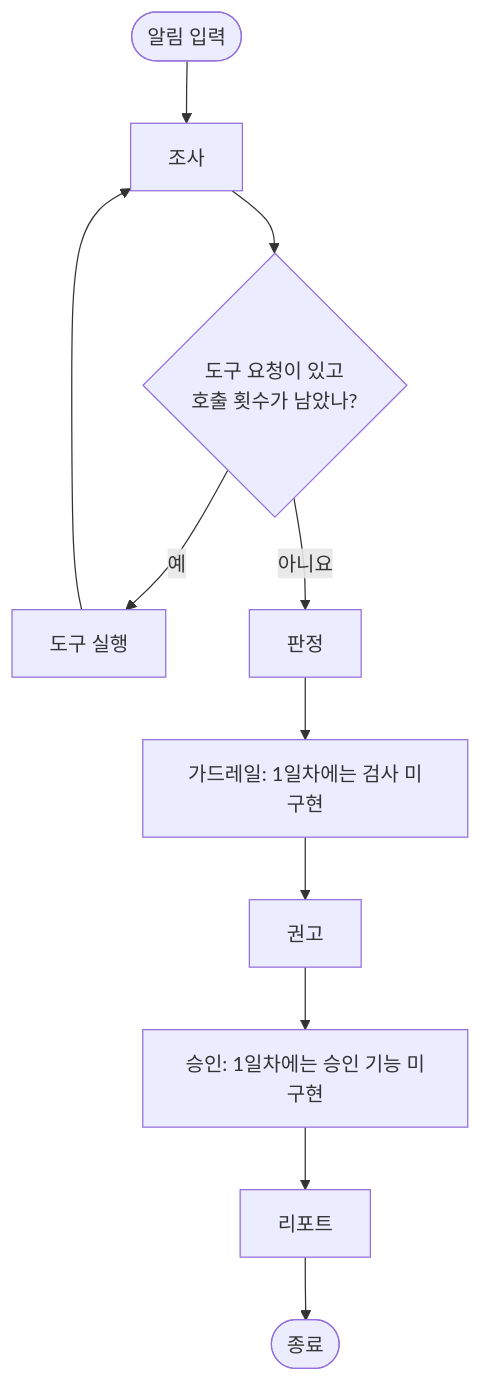
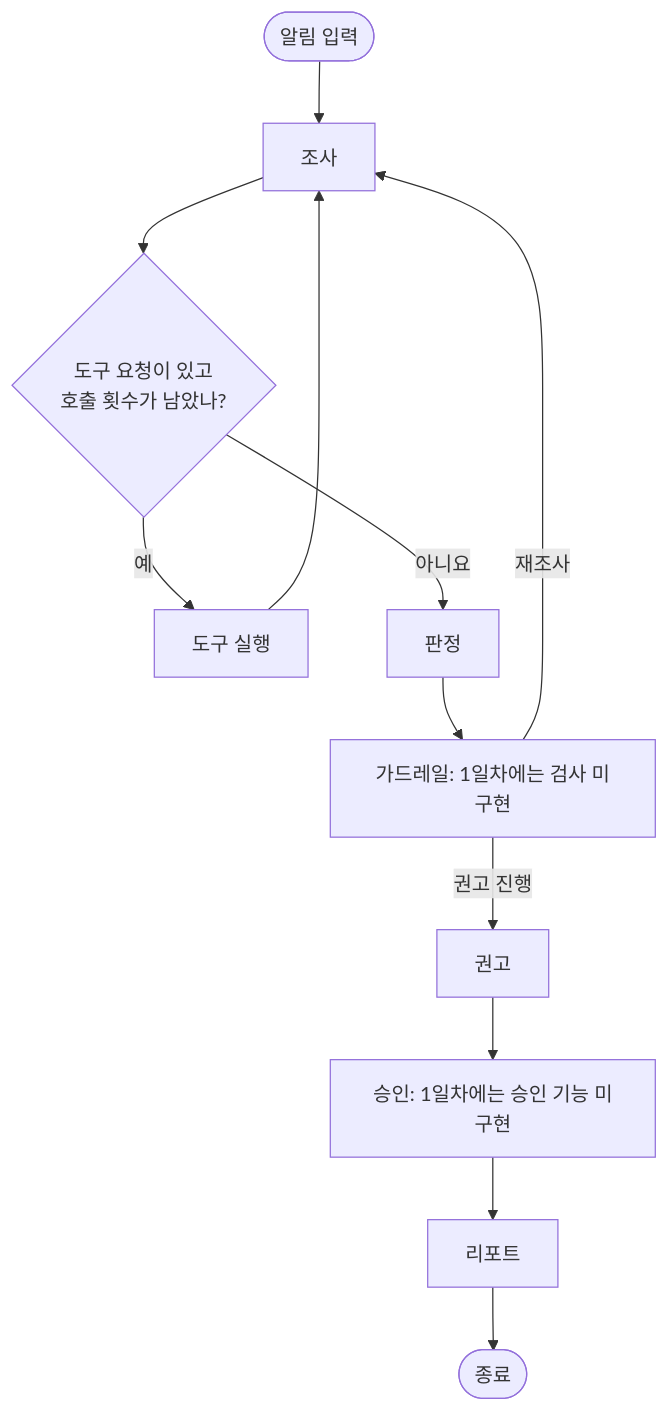
One commit to Shin-E2/edr-ai-triage-lab changed the diagram in docs/ARCHITECTURE.md. Above: the diagram before and after it, drawn with Mermaid. The commit also changed other lines of this file and 1 other file, not shown here.

````diff
--- a/docs/ARCHITECTURE.md
+++ b/docs/ARCHITECTURE.md
@@ -9,13 +9,14 @@
 ```mermaid
 flowchart TD
     Start([알림 입력]) --> Investigate[조사]
     Investigate --> More{도구 요청이 있고<br/>호출 횟수가 남았나?}
     More -- 예 --> Tools[도구 실행]
     Tools --> Investigate
     More -- 아니요 --> Judge[판정]
     Judge --> Guardrail[가드레일: 1일차에는 검사 미구현]
-    Guardrail --> Recommend[권고]
+    Guardrail -- 재조사 --> Investigate
+    Guardrail -- 권고 진행 --> Recommend[권고]
     Recommend --> Approval[승인: 1일차에는 승인 기능 미구현]
     Approval --> Report[리포트]
     Report --> End([종료])
 ```
````
